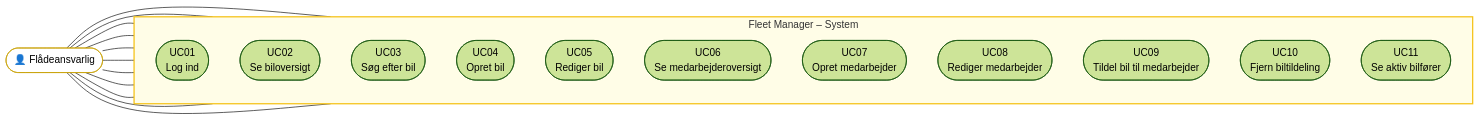
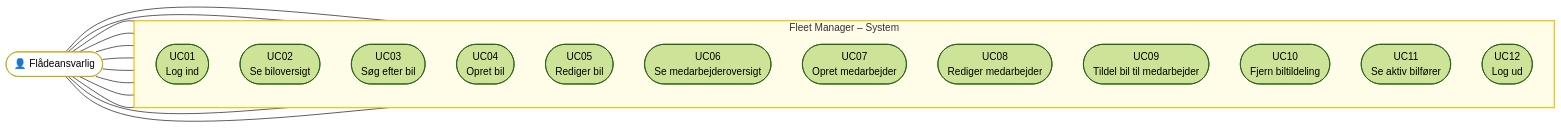
The diagram in diagrams/use_case_diagram.md (JenosanJudes/FleetManager_SEP2), drawn with Mermaid (forest theme) before and after one commit.

Commit message:
Initial commit 11

````diff
--- a/diagrams/use_case_diagram.md
+++ b/diagrams/use_case_diagram.md
@@ -5,34 +5,36 @@
 ```mermaid
 flowchart LR
     actor(["👤 Flådeansvarlig"])
 
     subgraph system["Fleet Manager – System"]
         direction TB
         UC01(["UC01\nLog ind"])
         UC02(["UC02\nSe biloversigt"])
         UC03(["UC03\nSøg efter bil"])
         UC04(["UC04\nOpret bil"])
         UC05(["UC05\nRediger bil"])
         UC06(["UC06\nSe medarbejderoversigt"])
         UC07(["UC07\nOpret medarbejder"])
         UC08(["UC08\nRediger medarbejder"])
         UC09(["UC09\nTildel bil til medarbejder"])
         UC10(["UC10\nFjern biltildeling"])
         UC11(["UC11\nSe aktiv bilfører"])
+        UC12(["UC12\nLog ud"])
     end
 
     actor --- UC01
     actor --- UC02
     actor --- UC03
     actor --- UC04
     actor --- UC05
     actor --- UC06
     actor --- UC07
     actor --- UC08
     actor --- UC09
     actor --- UC10
     actor --- UC11
+    actor --- UC12
 
     style system fill:#fffde7,stroke:#f5c218,stroke-width:2px
     style actor fill:#fff,stroke:#c8a000
 ```
````
